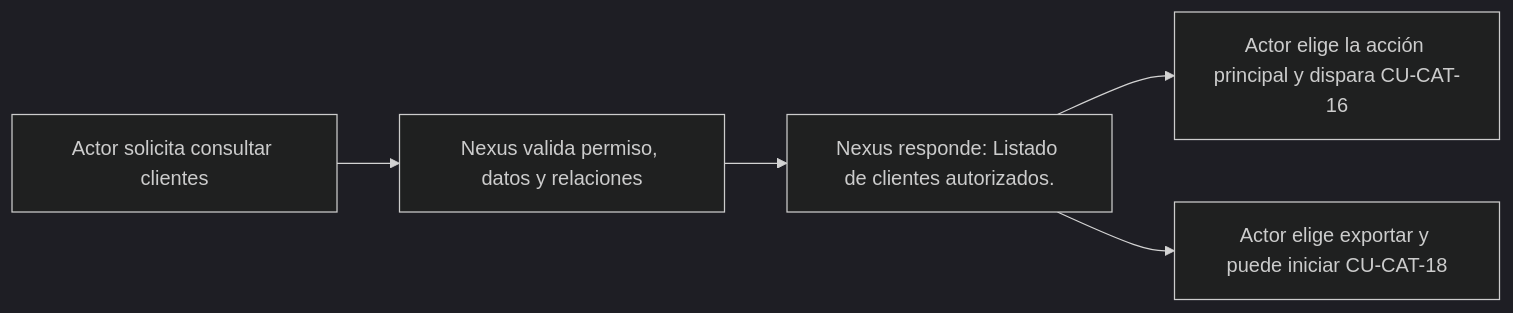
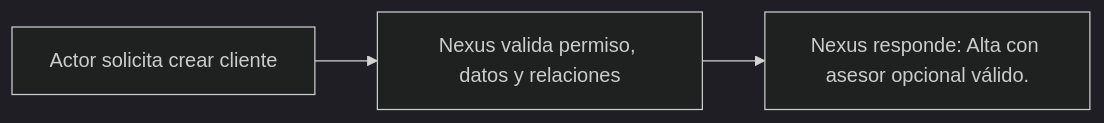
The diagram in docs/requirements/diagrams/catalogs/cu-cat-15.md (gpgsistemas01/nexus), drawn with Mermaid (dark theme) before and after one commit. The commit also changed other lines of this file and 207 other files, not shown here.

````diff
--- a/docs/requirements/diagrams/catalogs/cu-cat-15.md
+++ b/docs/requirements/diagrams/catalogs/cu-cat-15.md
@@ -3,7 +3,5 @@
 ```mermaid
 flowchart LR
-    request["Actor solicita consultar clientes"] --> validate["Nexus valida permiso, datos y relaciones"]
-    validate --> result["Nexus responde: Listado de clientes autorizados."]
-    result --> primary["Actor elige la acción principal y dispara CU-CAT-16"]
-    result --> report["Actor elige exportar y puede iniciar CU-CAT-18"]
+    request["Actor solicita crear cliente"] --> validate["Nexus valida permiso, datos y relaciones"]
+    validate --> result["Nexus responde: Alta con asesor opcional válido."]
 ```
````
